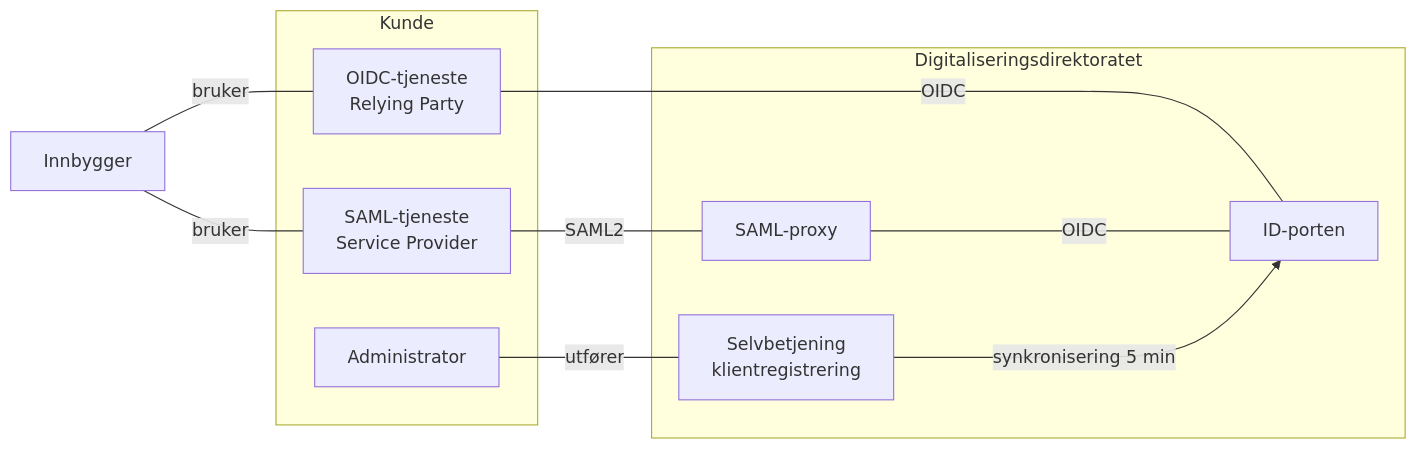
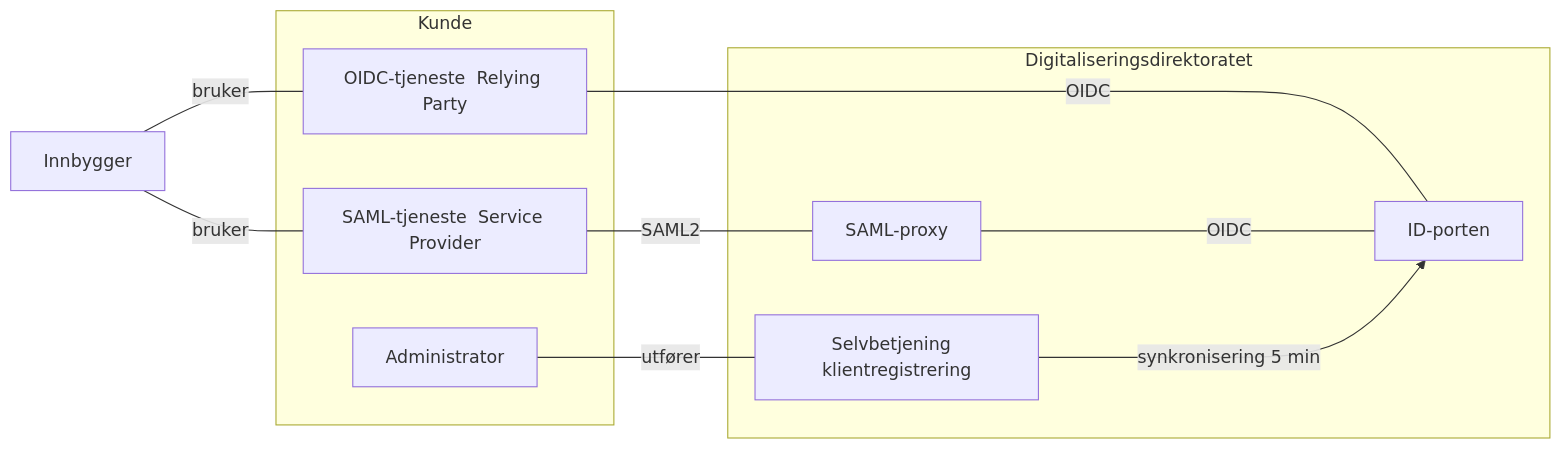
The diagram in _docs/idporten/idporten/idporten_overordnet.md (felleslosninger/docs), drawn with Mermaid before and after one commit.

```diff
--- a/_docs/idporten/idporten/idporten_overordnet.md
+++ b/_docs/idporten/idporten/idporten_overordnet.md
@@ -26,21 +26,21 @@
 <div class="mermaid">
 graph LR
   subgraph Digitaliseringsdirektoratet
     IDP[ID-porten]
     SAML[SAML-proxy]
-    SADM[Selvbetjening <br/> klientregistrering]
+    SADM[Selvbetjening  klientregistrering]
   end
   subgraph Kunde
-     SP[SAML-tjeneste <br/> Service Provider]
-     RP[OIDC-tjeneste <br/> Relying Party]
+     SP[SAML-tjeneste  Service Provider]
+     RP[OIDC-tjeneste  Relying Party]
      ADM[Administrator]
   end
   RP --  OIDC  ---IDP
   SP --  SAML2 ---SAML
   SAML -- OIDC ---IDP
   ADM -- utfører ---SADM
   SADM -- synkronisering 5 min --->IDP
 
   Innbygger -- bruker ---SP
   Innbygger -- bruker ---RP
 </div>
```
